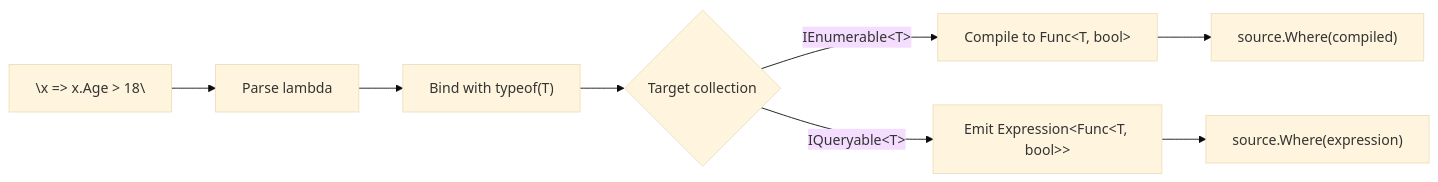
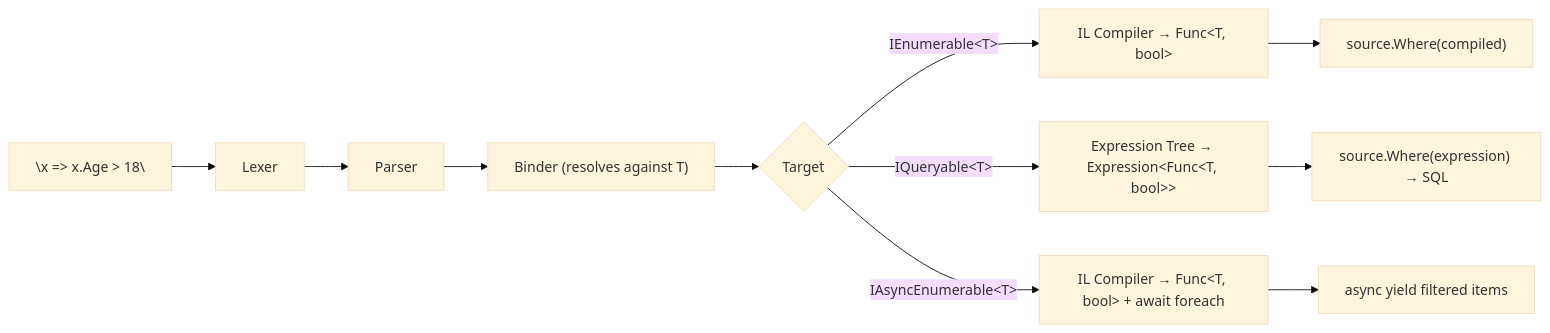
One commit to MartiSilvio/Alder changed the diagram in docs/engine/linq-dynamic.md. Above: the diagram before and after it, drawn with Mermaid (base theme). The commit also changed other lines of this file and 14 other files, not shown here.

Commit message:
feat: inline variables, IAsyncEnumerable Dynamic LINQ, positional @N params

````diff
--- a/docs/engine/linq-dynamic.md
+++ b/docs/engine/linq-dynamic.md
@@ -80,10 +196,13 @@
 ```mermaid
 graph LR
-    S["\"x => x.Age > 18\""] --> P["Parse lambda"]
-    P --> B["Bind with typeof(T)"]
-    B --> E{"Target collection"}
-    E -->|"IEnumerable&lt;T>"| C["Compile to Func&lt;T, bool>"]
-    E -->|"IQueryable&lt;T>"| X["Emit Expression&lt;Func&lt;T, bool>>"]
+    S["\"x => x.Age > 18\""] --> L["Lexer"]
+    L --> P["Parser"]
+    P --> B["Binder (resolves against T)"]
+    B --> E{"Target"}
+    E -->|"IEnumerable&lt;T>"| C["IL Compiler → Func&lt;T, bool>"]
+    E -->|"IQueryable&lt;T>"| X["Expression Tree → Expression&lt;Func&lt;T, bool>>"]
+    E -->|"IAsyncEnumerable&lt;T>"| A["IL Compiler → Func&lt;T, bool> + await foreach"]
     C --> D["source.Where(compiled)"]
-    X --> Q["source.Where(expression)"]
+    X --> Q["source.Where(expression) → SQL"]
+    A --> AS["async yield filtered items"]
 ```
````
